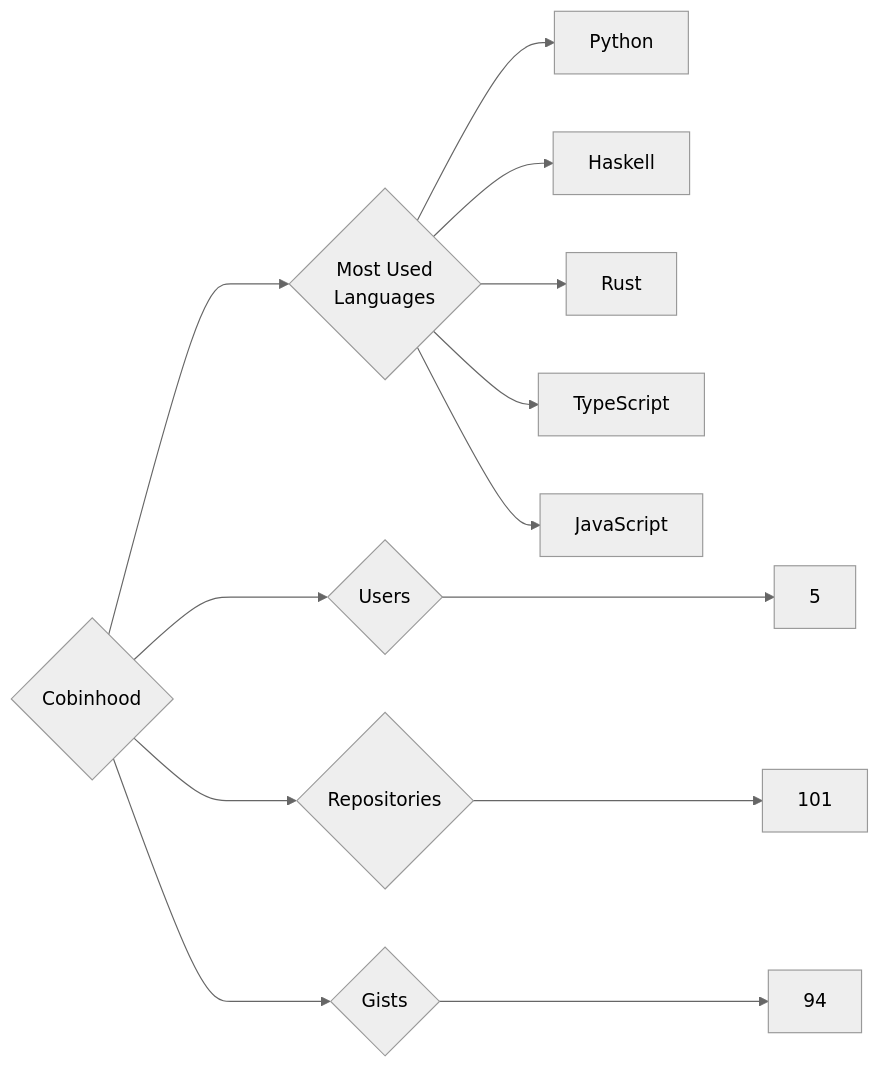
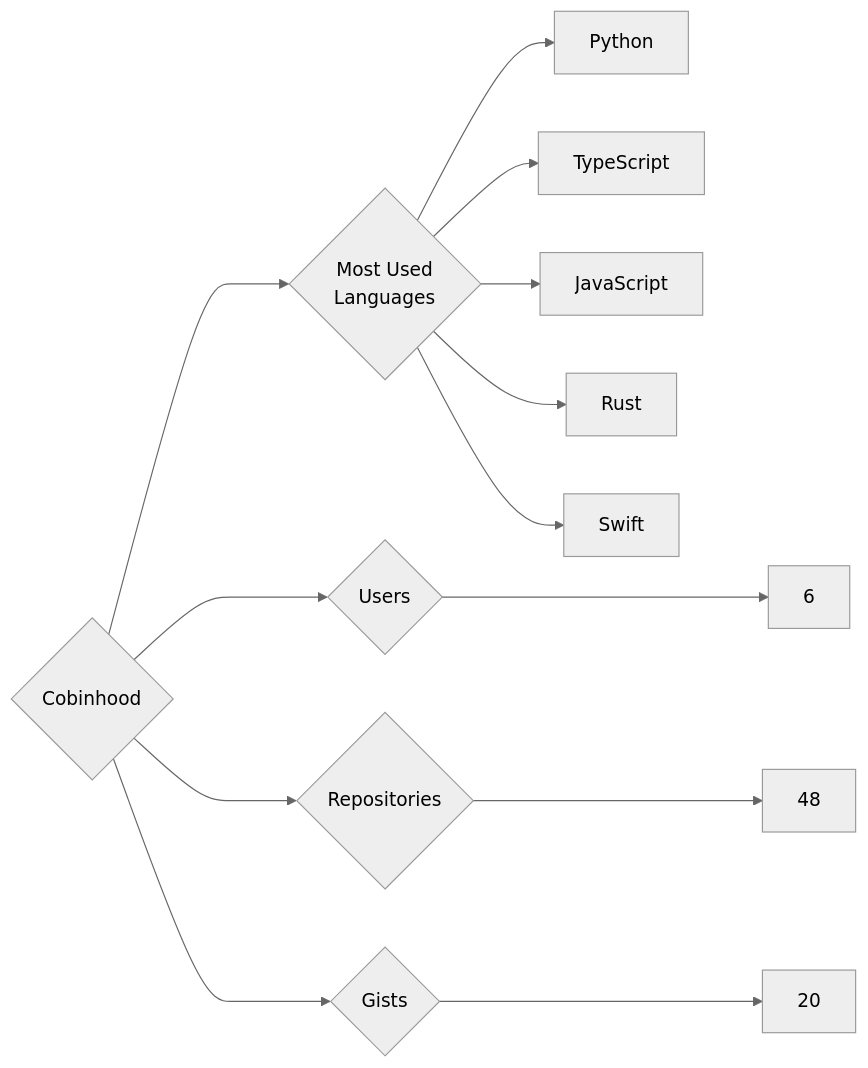
One commit to trickest/insiders changed the diagram in targets/Cobinhood/README.md. Above: the diagram before and after it, drawn with Mermaid (neutral theme). The commit also changed 1170 other files, not shown here.

````diff
--- a/targets/Cobinhood/README.md
+++ b/targets/Cobinhood/README.md
@@ -3,13 +3,13 @@
 ```mermaid
 graph LR
 COMPANY_NAME{Cobinhood}
-COMPANY_NAME ---> U{Users} ---> UN[5]
-COMPANY_NAME ---> R{Repositories} ---> RN[101]
-COMPANY_NAME ---> G{Gists} ---> GN[94]
+COMPANY_NAME ---> U{Users} ---> UN[6]
+COMPANY_NAME ---> R{Repositories} ---> RN[48]
+COMPANY_NAME ---> G{Gists} ---> GN[20]
 COMPANY_NAME ---> ML{Most Used<br>Languages}
 ML --> Python[Python]
-ML --> Haskell[Haskell]
-ML --> Rust[Rust]
 ML --> TypeScript[TypeScript]
 ML --> JavaScript[JavaScript]
+ML --> Rust[Rust]
+ML --> Swift[Swift]
 ```
````
